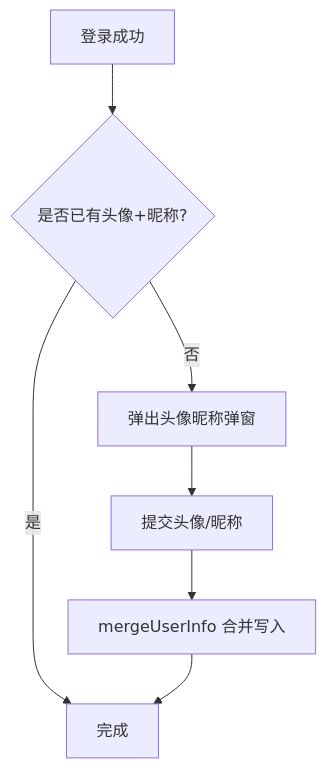
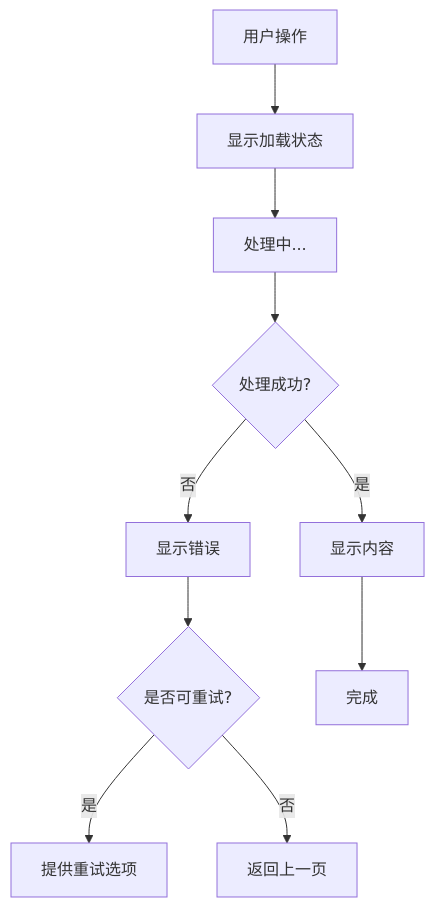
One commit to crazyma99/blueberry changed the eighth of 9 diagrams in .qoder/repowiki/zh/content/核心功能模块/AI试衣功能/AI试衣支付系统.md. Above: the diagram before and after it, drawn with Mermaid. The commit also changed other lines of this file and 4 other files, not shown here.

````diff
--- a/.qoder/repowiki/zh/content/核心功能模块/AI试衣功能/AI试衣支付系统.md
+++ b/.qoder/repowiki/zh/content/核心功能模块/AI试衣功能/AI试衣支付系统.md
@@ -383,9 +420,12 @@
 ```mermaid
 flowchart TD
-A["登录成功"] --> Check{"是否已有头像+昵称?"}
-Check --> |是| Done["完成"]
-Check --> |否| ShowPopup["弹出头像昵称弹窗"]
-ShowPopup --> Submit["提交头像/昵称"]
-Submit --> Merge["mergeUserInfo 合并写入"]
-Merge --> Done
+UserAction["用户操作"] --> LoadingState["显示加载状态"]
+LoadingState --> Processing["处理中..."]
+Processing --> Success{"处理成功?"}
+Success --> |是| ShowContent["显示内容"]
+Success --> |否| ShowError["显示错误"]
+ShowError --> RetryOption{"是否可重试?"}
+RetryOption --> |是| Retry["提供重试选项"]
+RetryOption --> |否| BackButton["返回上一页"]
+ShowContent --> Complete["完成"]
 ```
````
